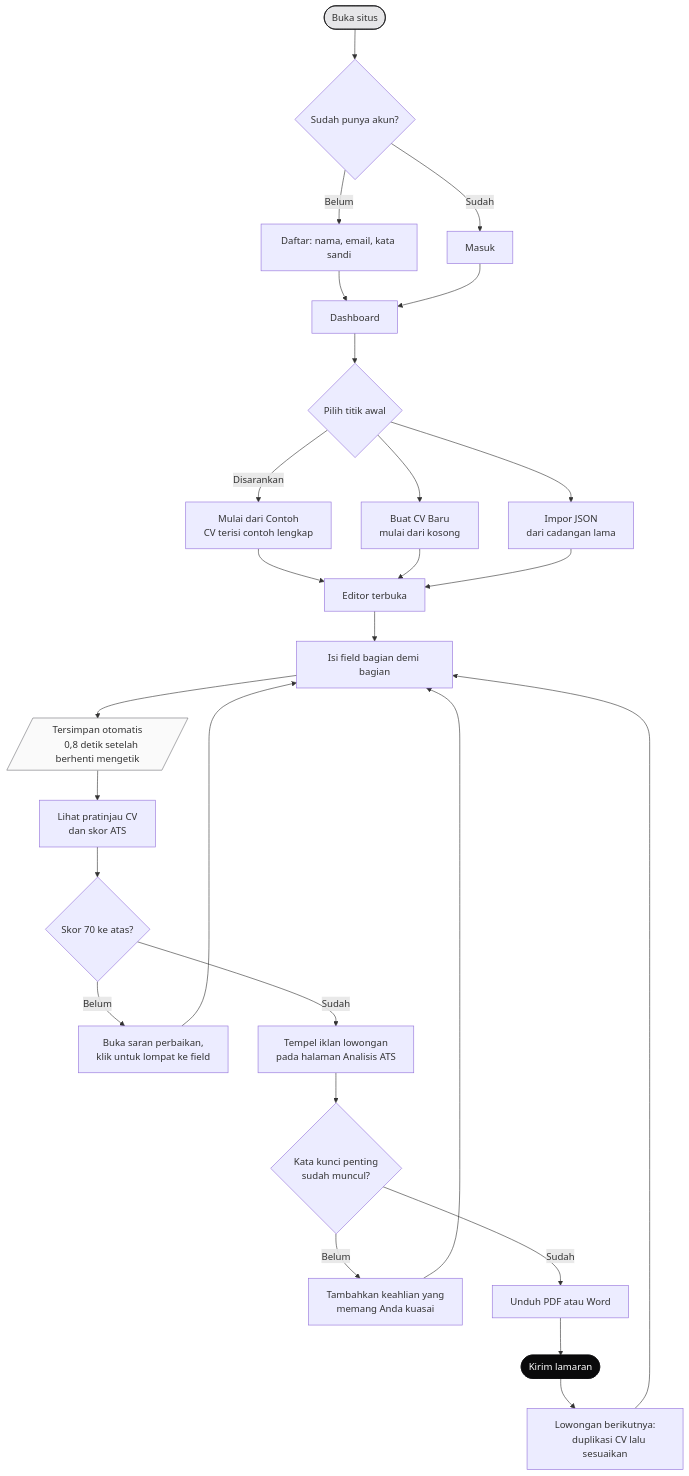
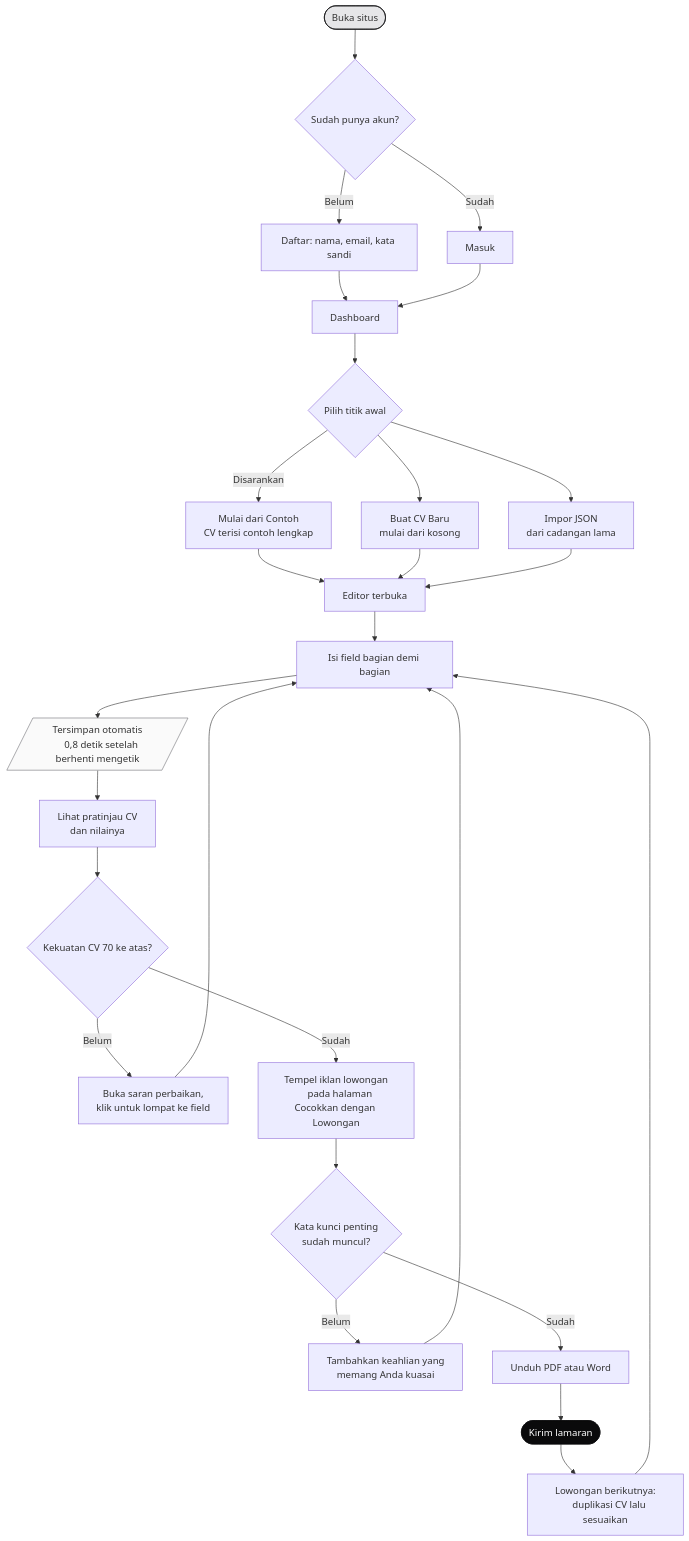
One commit to Zaky-Data-Science/cv-ats-builder changed the diagram in docs/panduan-pengguna.md. Above: the diagram before and after it, drawn with Mermaid. The commit also changed other lines of this file and 31 other files, not shown here.

````diff
--- a/docs/panduan-pengguna.md
+++ b/docs/panduan-pengguna.md
@@ -57,46 +57,46 @@
 ```mermaid
 flowchart TD
     A([Buka situs]) --> B{Sudah punya akun?}
     B -- Belum --> C[Daftar: nama, email, kata sandi]
     B -- Sudah --> D[Masuk]
     C --> E[Dashboard]
     D --> E
 
     E --> F{Pilih titik awal}
     F -- Disarankan --> G[Mulai dari Contoh<br/>CV terisi contoh lengkap]
     F --> H[Buat CV Baru<br/>mulai dari kosong]
     F --> I[Impor JSON<br/>dari cadangan lama]
 
     G --> J[Editor terbuka]
     H --> J
     I --> J
 
     J --> K[Isi field bagian demi bagian]
     K --> L[/Tersimpan otomatis
     0,8 detik setelah berhenti mengetik/]
     L --> M[Lihat pratinjau CV
-    dan skor ATS]
+    dan nilainya]
 
-    M --> N{Skor 70 ke atas?}
+    M --> N{Kekuatan CV 70 ke atas?}
     N -- Belum --> O[Buka saran perbaikan,
     klik untuk lompat ke field]
     O --> K
     N -- Sudah --> P[Tempel iklan lowongan
-    pada halaman Analisis ATS]
+    pada halaman Cocokkan dengan Lowongan]
 
     P --> Q{Kata kunci penting
     sudah muncul?}
     Q -- Belum --> R[Tambahkan keahlian yang
     memang Anda kuasai]
     R --> K
     Q -- Sudah --> S[Unduh PDF atau Word]
 
     S --> T([Kirim lamaran])
     T --> U[Lowongan berikutnya:
     duplikasi CV lalu sesuaikan]
     U --> K
 
     style A fill:#e6e6e8,stroke:#0a0a0b
     style T fill:#0a0a0b,stroke:#0a0a0b,color:#ffffff
     style L fill:#fafafa,stroke:#74747a
 ```
````
